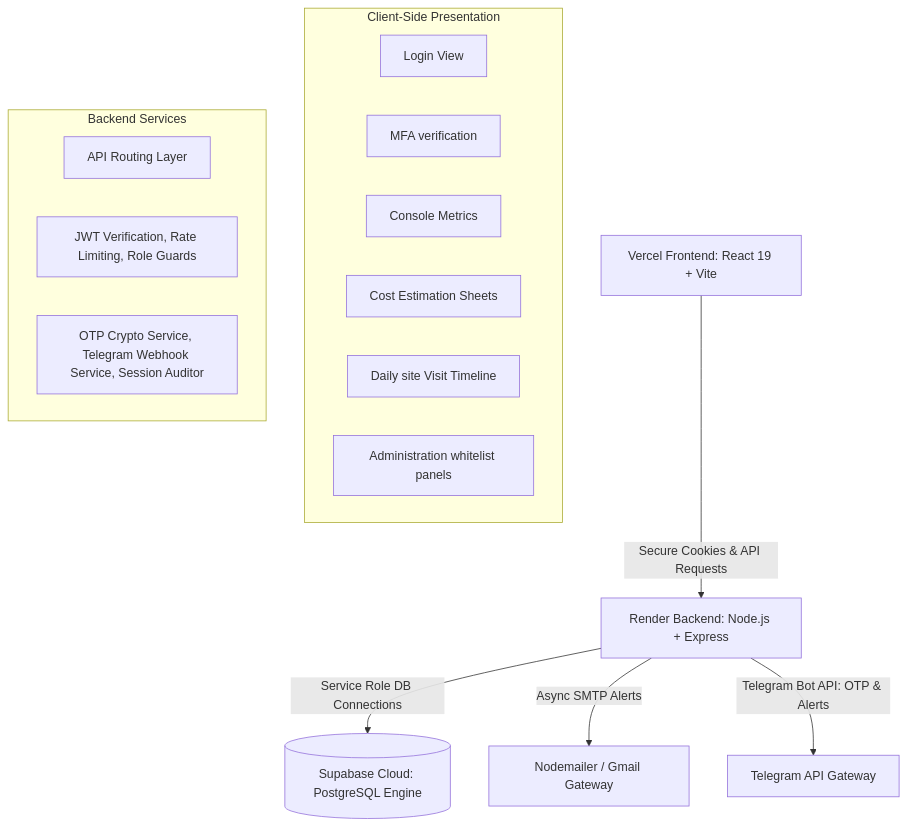
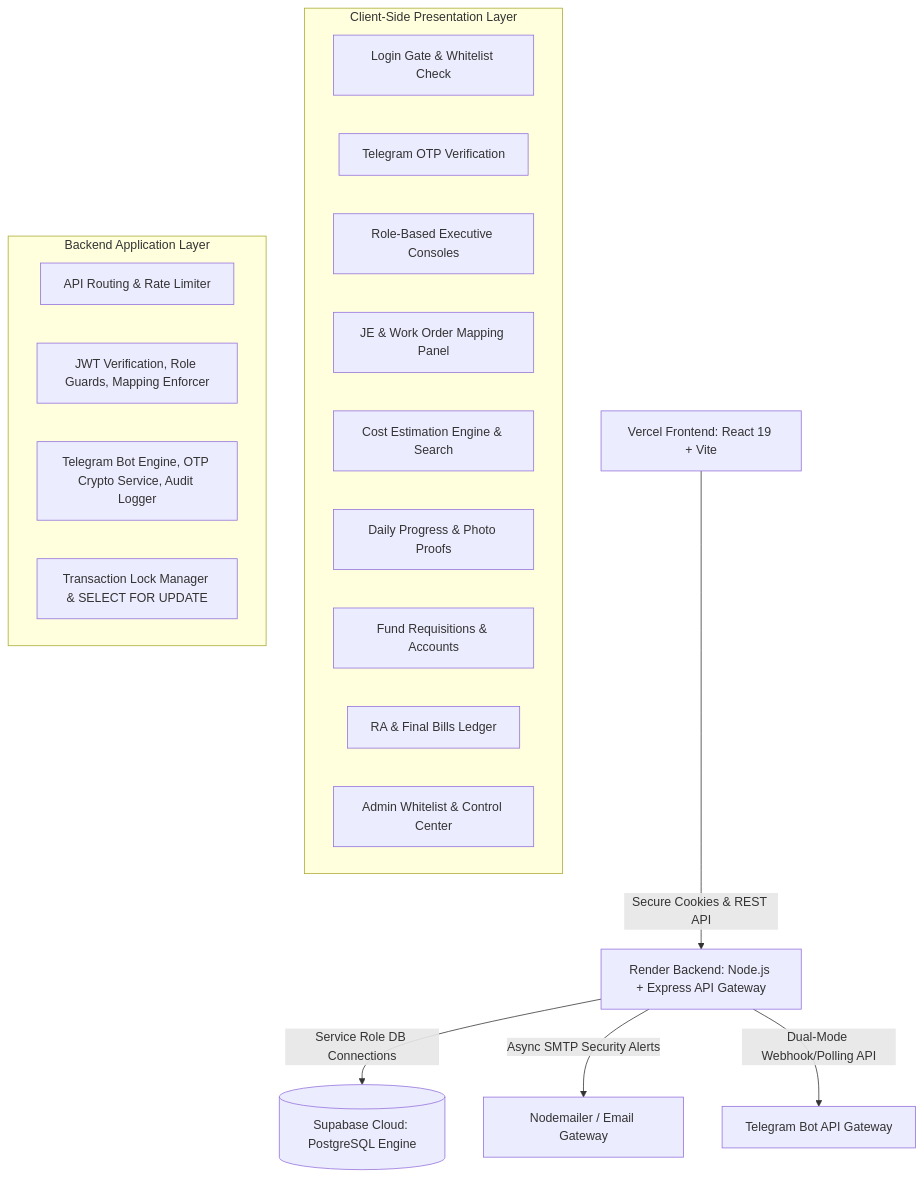
The first of 2 diagrams in documentation/COMPREHENSIVE_PROJECT_REPORT.md (Zenoguy/SNPolymers), drawn with Mermaid before and after one commit. The commit also changed other lines of this file, not shown here.

Commit message:
updated final project reeport

````diff
--- a/documentation/COMPREHENSIVE_PROJECT_REPORT.md
+++ b/documentation/COMPREHENSIVE_PROJECT_REPORT.md
@@ -33,22 +34,26 @@
 ```mermaid
 graph TD
-    Client[Vercel Frontend: React 19 + Vite] -->|Secure Cookies & API Requests| API[Render Backend: Node.js + Express]
+    Client[Vercel Frontend: React 19 + Vite] -->|Secure Cookies & REST API| API[Render Backend: Node.js + Express API Gateway]
     API -->|Service Role DB Connections| DB[(Supabase Cloud: PostgreSQL Engine)]
-    API -->|Async SMTP Alerts| SMTP[Nodemailer / Gmail Gateway]
-    API -->|Telegram Bot API: OTP & Alerts| TG[Telegram API Gateway]
+    API -->|Async SMTP Security Alerts| SMTP[Nodemailer / Email Gateway]
+    API -->|Dual-Mode Webhook/Polling API| TG[Telegram Bot API Gateway]
     
-    subgraph Client-Side Presentation
-        Home[Login View]
-        Verify[MFA verification]
-        Dashboard[Console Metrics]
-        Estimates[Cost Estimation Sheets]
-        Progress[Daily site Visit Timeline]
-        AdminPanel[Administration whitelist panels]
+    subgraph Client-Side Presentation Layer
+        Login[Login Gate & Whitelist Check]
+        MFA[Telegram OTP Verification]
+        Console[Role-Based Executive Consoles]
+        Mappings[JE & Work Order Mapping Panel]
+        Estimates[Cost Estimation Engine & Search]
+        Progress[Daily Progress & Photo Proofs]
+        FundReq[Fund Requisitions & Accounts]
+        RABills[RA & Final Bills Ledger]
+        AdminPanel[Admin Whitelist & Control Center]
     end
     
-    subgraph Backend Services
-        Routes[API Routing Layer]
-        Middleware[JWT Verification, Rate Limiting, Role Guards]
-        Services[OTP Crypto Service, Telegram Webhook Service, Session Auditor]
+    subgraph Backend Application Layer
+        Routes[API Routing & Rate Limiter]
+        Middleware[JWT Verification, Role Guards, Mapping Enforcer]
+        Services[Telegram Bot Engine, OTP Crypto Service, Audit Logger]
+        Concurrency[Transaction Lock Manager & SELECT FOR UPDATE]
     end
 ```
````
